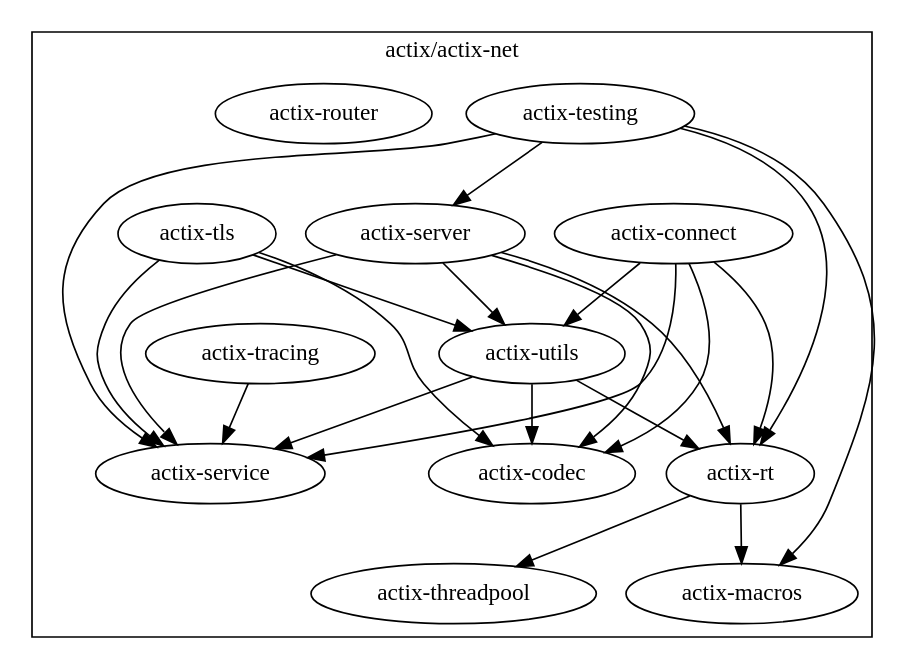
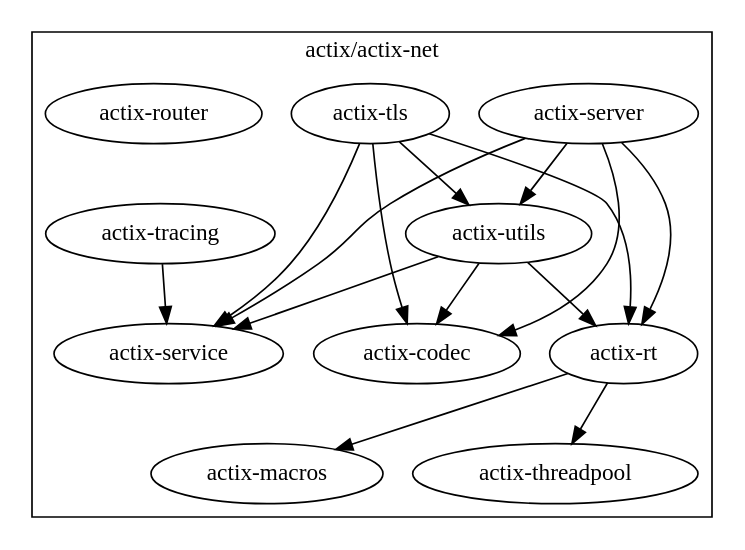
The diagram in docs/graphs/net-only.dot (Cherry-Pooh/actix-web), drawn with Graphviz before and after one commit. The commit also changed 1 other file, not shown here.

Commit message:
update dot dep graphs

```diff
--- a/docs/graphs/net-only.dot
+++ b/docs/graphs/net-only.dot
@@ -1,25 +1,21 @@
 digraph {
     subgraph cluster_net {
         label="actix/actix-net";
         "actix-codec"
-        "actix-connect"
         "actix-macros"
         "actix-rt"
         "actix-server"
         "actix-service"
-        "actix-testing"
         "actix-threadpool"
         "actix-tls"
         "actix-tracing"
         "actix-utils"
         "actix-router"
     }
 
     "actix-utils" -> { "actix-service" "actix-rt" "actix-codec" }
     "actix-tracing" -> { "actix-service" }
-    "actix-tls" -> { "actix-service" "actix-codec" "actix-utils" }
-    "actix-testing" -> { "actix-rt" "actix-macros" "actix-server" "actix-service" }
+    "actix-tls" -> { "actix-service" "actix-codec" "actix-utils" "actix-rt" }
     "actix-server" -> { "actix-service" "actix-rt" "actix-codec" "actix-utils" }
     "actix-rt" -> { "actix-macros" "actix-threadpool" }
-    "actix-connect" -> { "actix-service" "actix-codec" "actix-utils" "actix-rt" }
 }
```
